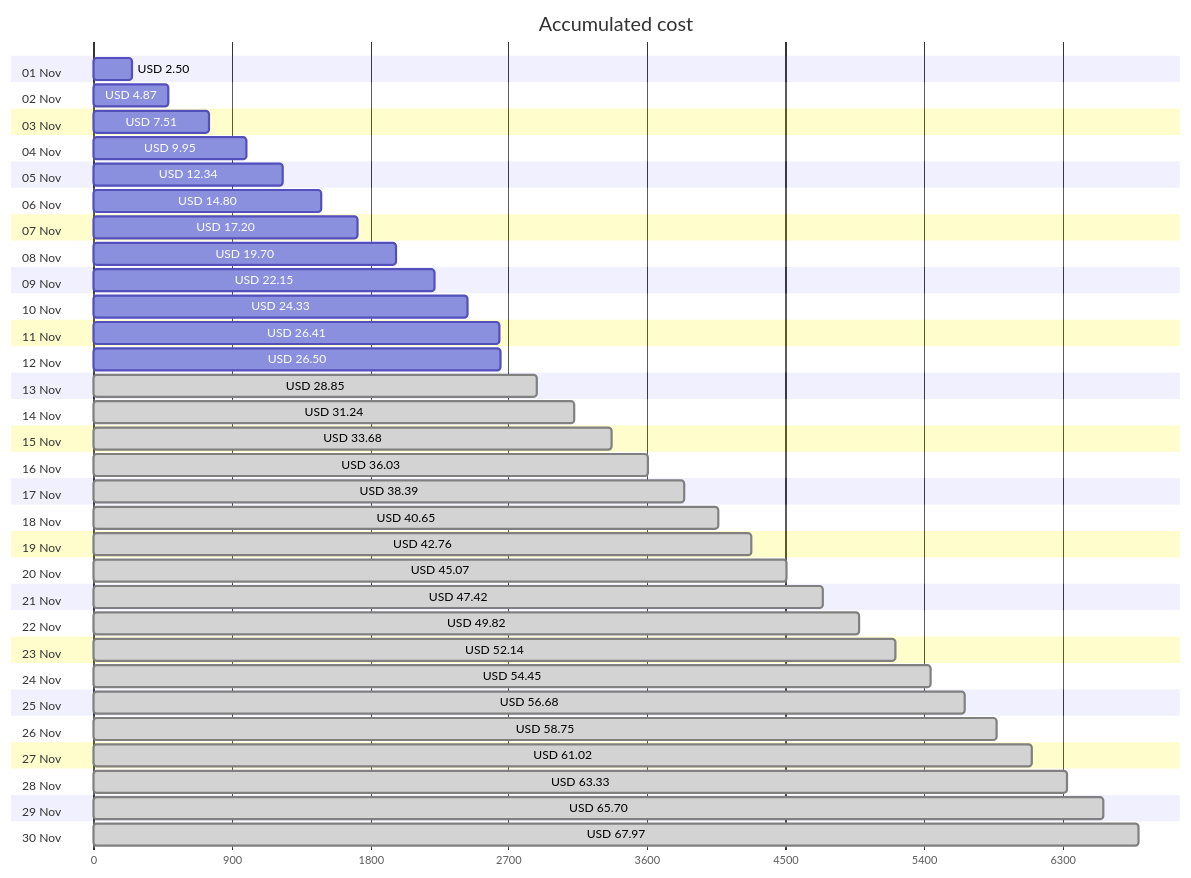
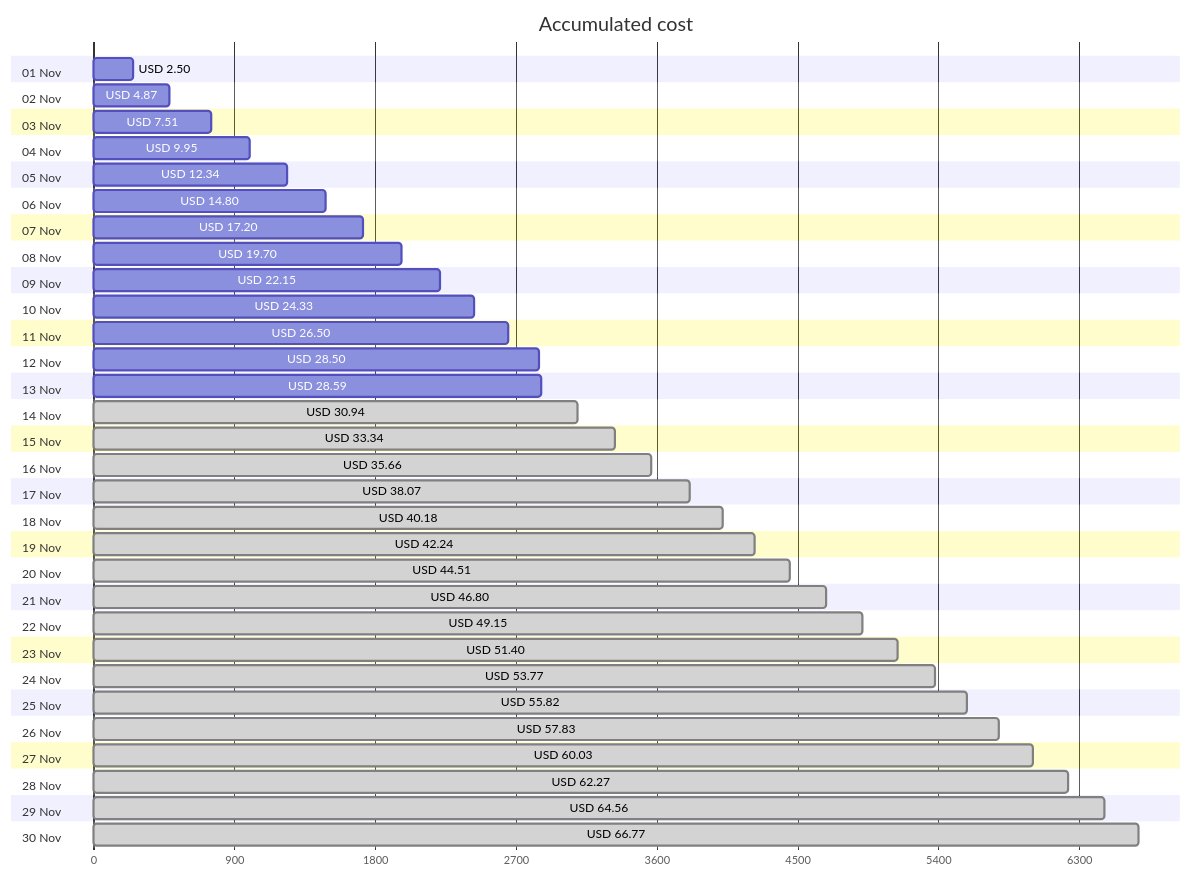
Before and after one commit to jpfulton/azure-personal-reports: the first of 4 diagrams in cost-reports/accumulated-cost.md, drawn with Mermaid. The commit also changed other lines of this file and 4 other files, not shown here.

````diff
--- a/cost-reports/accumulated-cost.md
+++ b/cost-reports/accumulated-cost.md
@@ -20,66 +20,66 @@
 ```mermaid
 gantt
    title Accumulated cost
    dateFormat  X
    axisFormat %s
    section 01 Nov
    USD 2.50 :0, 250
    section 02 Nov
    USD 4.87 :0, 487
    section 03 Nov
    USD 7.51 :0, 751
    section 04 Nov
    USD 9.95 :0, 995
    section 05 Nov
    USD 12.34 :0, 1234
    section 06 Nov
    USD 14.80 :0, 1480
    section 07 Nov
    USD 17.20 :0, 1720
    section 08 Nov
    USD 19.70 :0, 1970
    section 09 Nov
    USD 22.15 :0, 2215
    section 10 Nov
    USD 24.33 :0, 2433
    section 11 Nov
-   USD 26.41 :0, 2641
+   USD 26.50 :0, 2650
    section 12 Nov
-   USD 26.50 :0, 2650
+   USD 28.50 :0, 2850
    section 13 Nov
-   USD 28.85 : done, 0, 2885
+   USD 28.59 :0, 2859
    section 14 Nov
-   USD 31.24 : done, 0, 3124
+   USD 30.94 : done, 0, 3094
    section 15 Nov
-   USD 33.68 : done, 0, 3368
+   USD 33.34 : done, 0, 3334
    section 16 Nov
-   USD 36.03 : done, 0, 3603
+   USD 35.66 : done, 0, 3566
    section 17 Nov
-   USD 38.39 : done, 0, 3839
+   USD 38.07 : done, 0, 3807
    section 18 Nov
-   USD 40.65 : done, 0, 4065
+   USD 40.18 : done, 0, 4018
    section 19 Nov
-   USD 42.76 : done, 0, 4276
+   USD 42.24 : done, 0, 4224
    section 20 Nov
-   USD 45.07 : done, 0, 4507
+   USD 44.51 : done, 0, 4451
    section 21 Nov
-   USD 47.42 : done, 0, 4742
+   USD 46.80 : done, 0, 4680
    section 22 Nov
-   USD 49.82 : done, 0, 4982
+   USD 49.15 : done, 0, 4915
    section 23 Nov
-   USD 52.14 : done, 0, 5214
+   USD 51.40 : done, 0, 5140
    section 24 Nov
-   USD 54.45 : done, 0, 5445
+   USD 53.77 : done, 0, 5377
    section 25 Nov
-   USD 56.68 : done, 0, 5668
+   USD 55.82 : done, 0, 5582
    section 26 Nov
-   USD 58.75 : done, 0, 5875
+   USD 57.83 : done, 0, 5783
    section 27 Nov
-   USD 61.02 : done, 0, 6102
+   USD 60.03 : done, 0, 6003
    section 28 Nov
-   USD 63.33 : done, 0, 6333
+   USD 62.27 : done, 0, 6227
    section 29 Nov
-   USD 65.70 : done, 0, 6570
+   USD 64.56 : done, 0, 6456
    section 30 Nov
-   USD 67.97 : done, 0, 6797
+   USD 66.77 : done, 0, 6677
 ```
````
